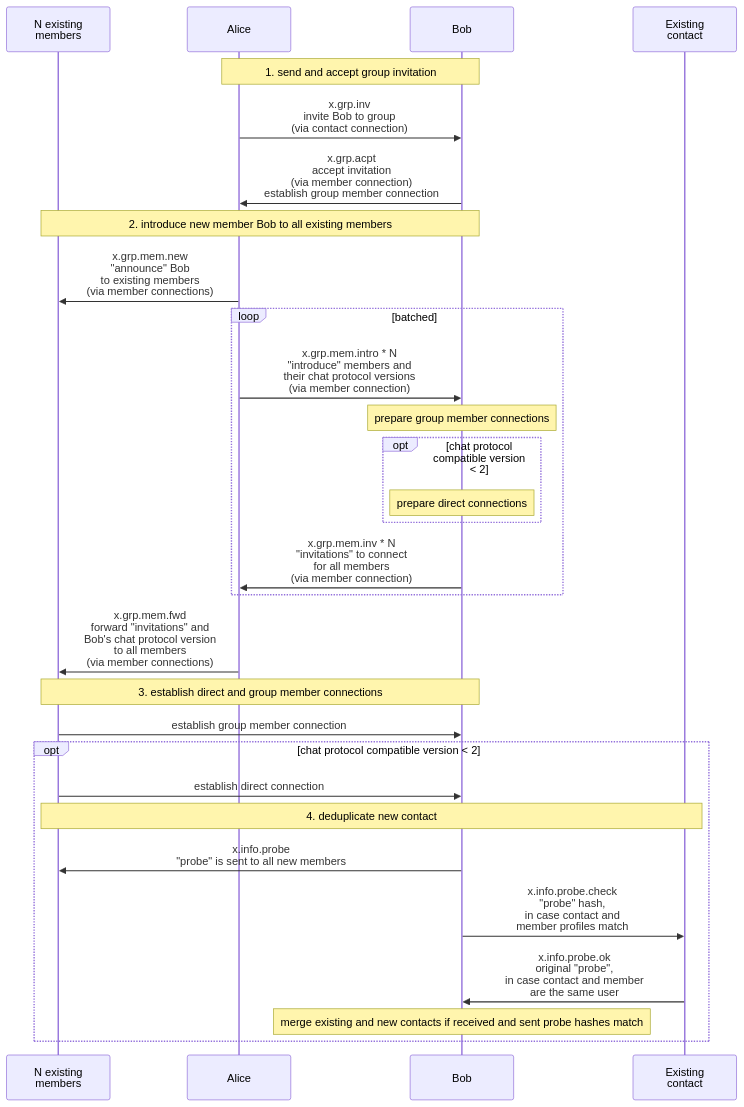
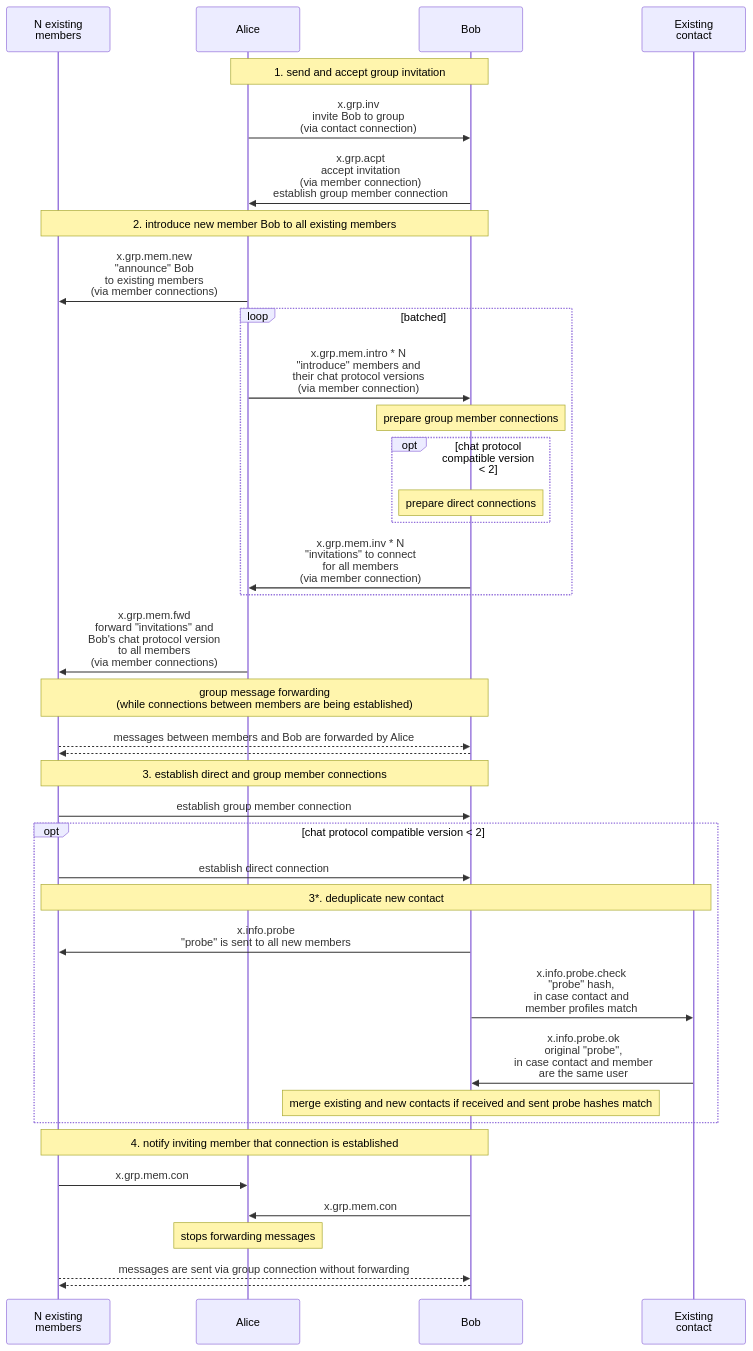
Before and after one commit to simplex-chat/simplex-chat: the diagram in docs/protocol/diagrams/group.mmd, drawn with Mermaid. The commit also changed 2 other files, not shown here.

```diff
--- a/docs/protocol/diagrams/group.mmd
+++ b/docs/protocol/diagrams/group.mmd
@@ -1,33 +1,44 @@
 sequenceDiagram
   participant M as N existing<br>members
   participant A as Alice
   participant B as Bob
   participant C as Existing<br>contact
 
   note over A, B: 1. send and accept group invitation
   A ->> B: x.grp.inv<br>invite Bob to group<br>(via contact connection)
   B ->> A: x.grp.acpt<br>accept invitation<br>(via member connection)<br>establish group member connection
 
   note over M, B: 2. introduce new member Bob to all existing members
   A ->> M: x.grp.mem.new<br>"announce" Bob<br>to existing members<br>(via member connections)
   loop batched
     A ->> B: x.grp.mem.intro * N<br>"introduce" members and<br>their chat protocol versions<br>(via member connection)
     note over B: prepare group member connections
     opt chat protocol compatible version < 2
       note over B: prepare direct connections
     end
     B ->> A: x.grp.mem.inv * N<br>"invitations" to connect<br>for all members<br>(via member connection)
   end
   A ->> M: x.grp.mem.fwd<br>forward "invitations" and<br>Bob's chat protocol version<br>to all members<br>(via member connections)
 
+  note over M, B: group message forwarding<br>(while connections between members are being established)
+  M -->> B: messages between members and Bob are forwarded by Alice
+  B -->> M: 
+
   note over M, B: 3. establish direct and group member connections
   M ->> B: establish group member connection
 
   opt chat protocol compatible version < 2
     M ->> B: establish direct connection
-    note over M, C: 4. deduplicate new contact
+    note over M, C: 3*. deduplicate new contact
     B ->> M: x.info.probe<br>"probe" is sent to all new members
     B ->> C: x.info.probe.check<br>"probe" hash,<br>in case contact and<br>member profiles match
     C ->> B: x.info.probe.ok<br> original "probe",<br> in case contact and member<br>are the same user
     note over B: merge existing and new contacts if received and sent probe hashes match
   end
+
+  note over M, B: 4. notify inviting member that connection is established
+  M ->> A: x.grp.mem.con
+  B ->> A: x.grp.mem.con
+  note over A: stops forwarding messages
+  M -->> B: messages are sent via group connection without forwarding
+  B -->> M: 
```
